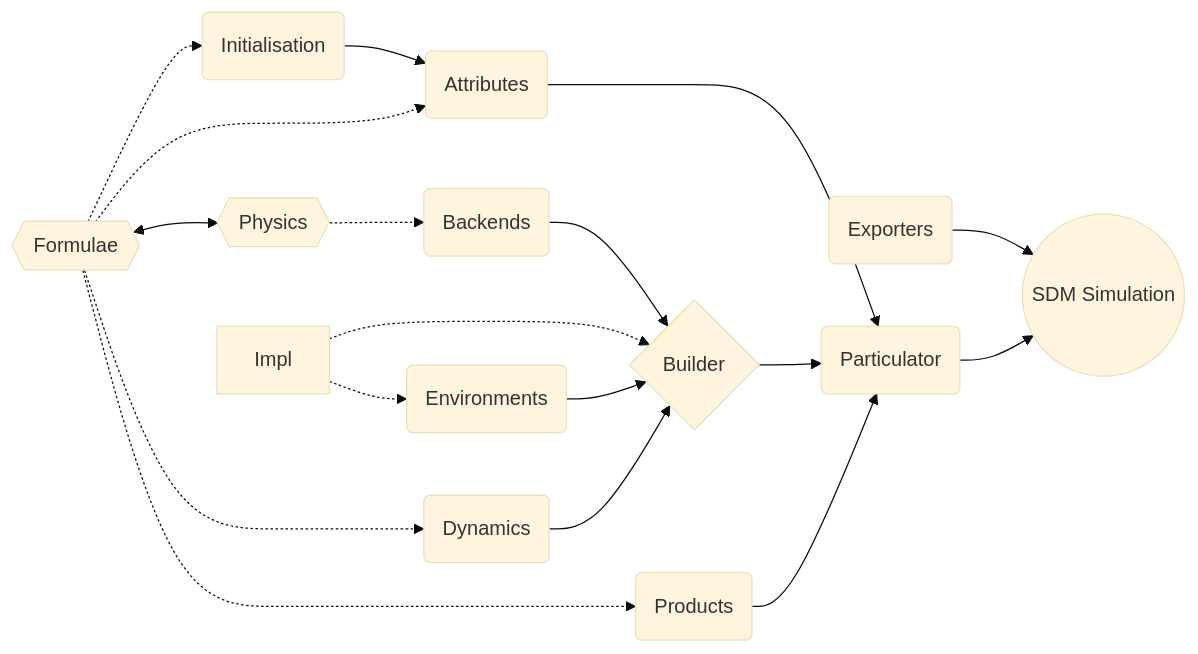
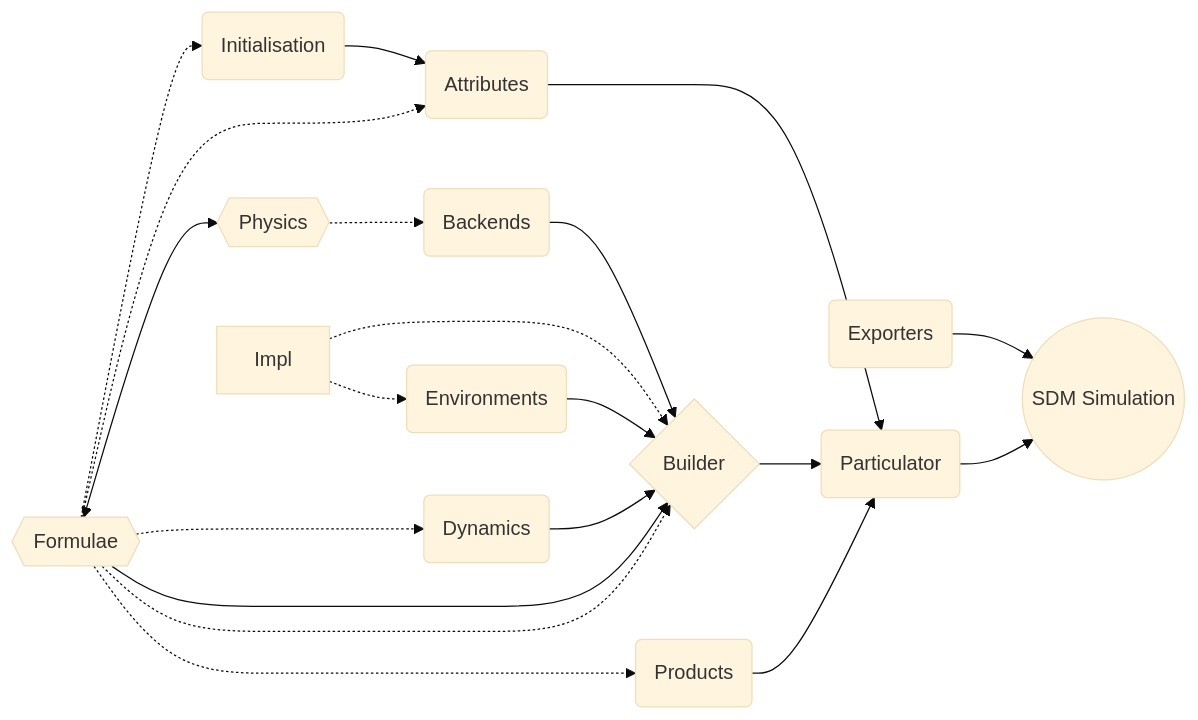
The first of 2 diagrams in README.md (open-atmos/PySDM), drawn with Mermaid (base theme) before and after one commit.

Commit message:
Add links to the mermaid doc

````diff
--- a/README.md
+++ b/README.md
@@ -89,22 +89,37 @@
 ```mermaid
   graph LR
       I(Initialisation) --> A
       A(Attributes) --> P(Particulator)
       B{Builder} --> P
       B2(Backends) --> B
       I2[Impl] -.-> B
       I2 -.-> E
       E(Environments) --> B
       D(Dynamics) --> B
       P3(Products) --> P
       E2(Exporters) --> SDM
       P --> SDM
       SDM((SDM Simulation))
 
+      F --> B
       F{{Formulae}} -.-> P3
       F{{Formulae}} -.-> D
       F{{Formulae}} -.-> A 
       F{{Formulae}} -.-> I
+      F -.-> B
       P2{{Physics}} -.-> B2
       F <--> P2
+
+      click I "https://open-atmos.github.io/PySDM/PySDM/initialisation/index.html"
+      click A "https://open-atmos.github.io/PySDM/PySDM/attributes/index.html"
+      click P "https://open-atmos.github.io/PySDM/PySDM/particulator.html"
+      click B "https://open-atmos.github.io/PySDM/PySDM/builder.html"
+      click B2 "https://open-atmos.github.io/PySDM/PySDM/builder.html"
+      click I2 "https://open-atmos.github.io/PySDM/PySDM/impl/index.html"
+      click E "https://open-atmos.github.io/PySDM/PySDM/environments/index.html"
+      click D "https://open-atmos.github.io/PySDM/PySDM/dynamics/index.html"
+      click P3 "https://open-atmos.github.io/PySDM/PySDM/products/index.html"
+      click E2 "https://open-atmos.github.io/PySDM/PySDM/exporters/index.html"
+      click F "https://open-atmos.github.io/PySDM/PySDM/formulae.html"
+      click P2 "https://open-atmos.github.io/PySDM/PySDM/physics/index.html"
 ```
````
